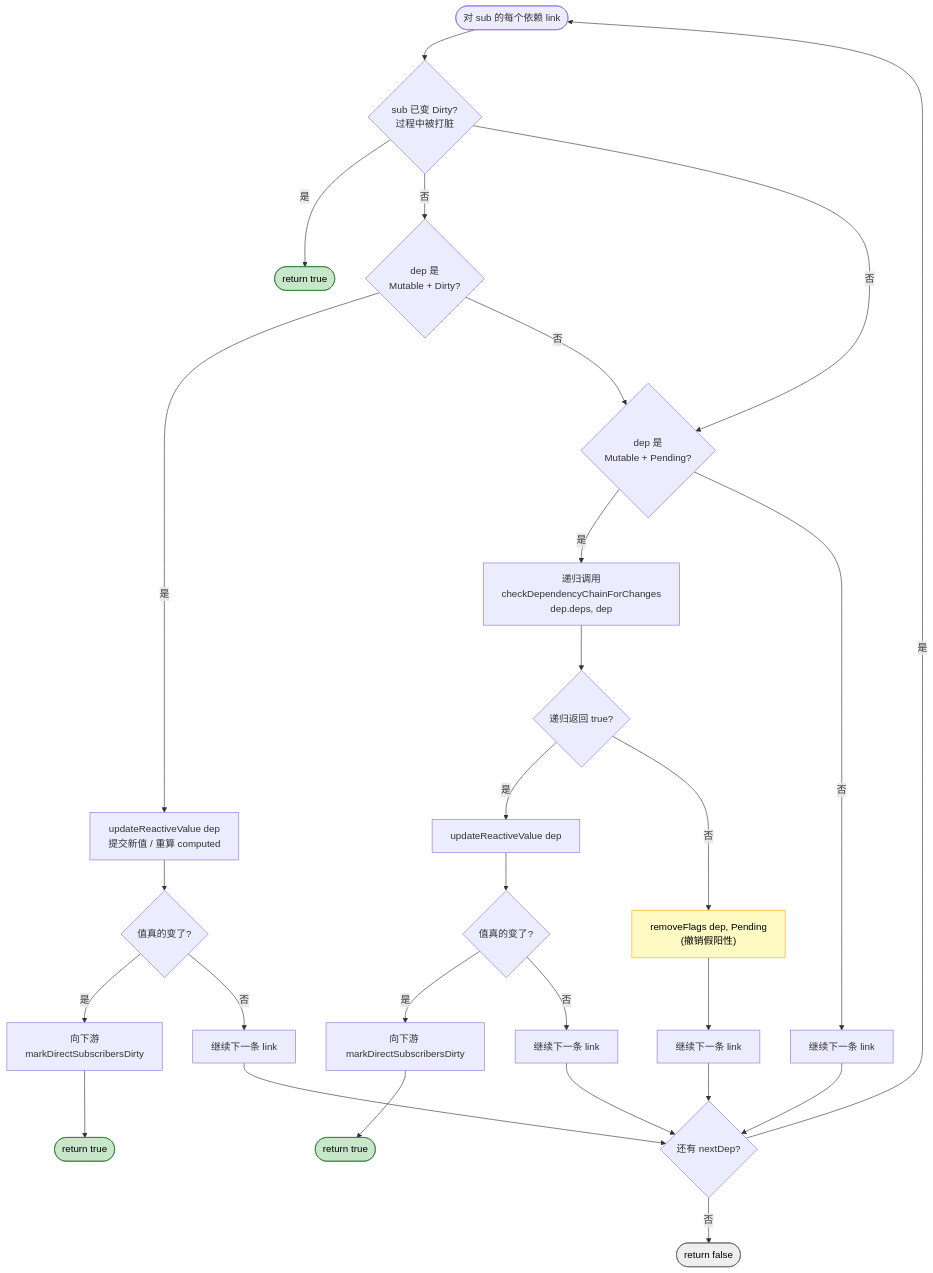
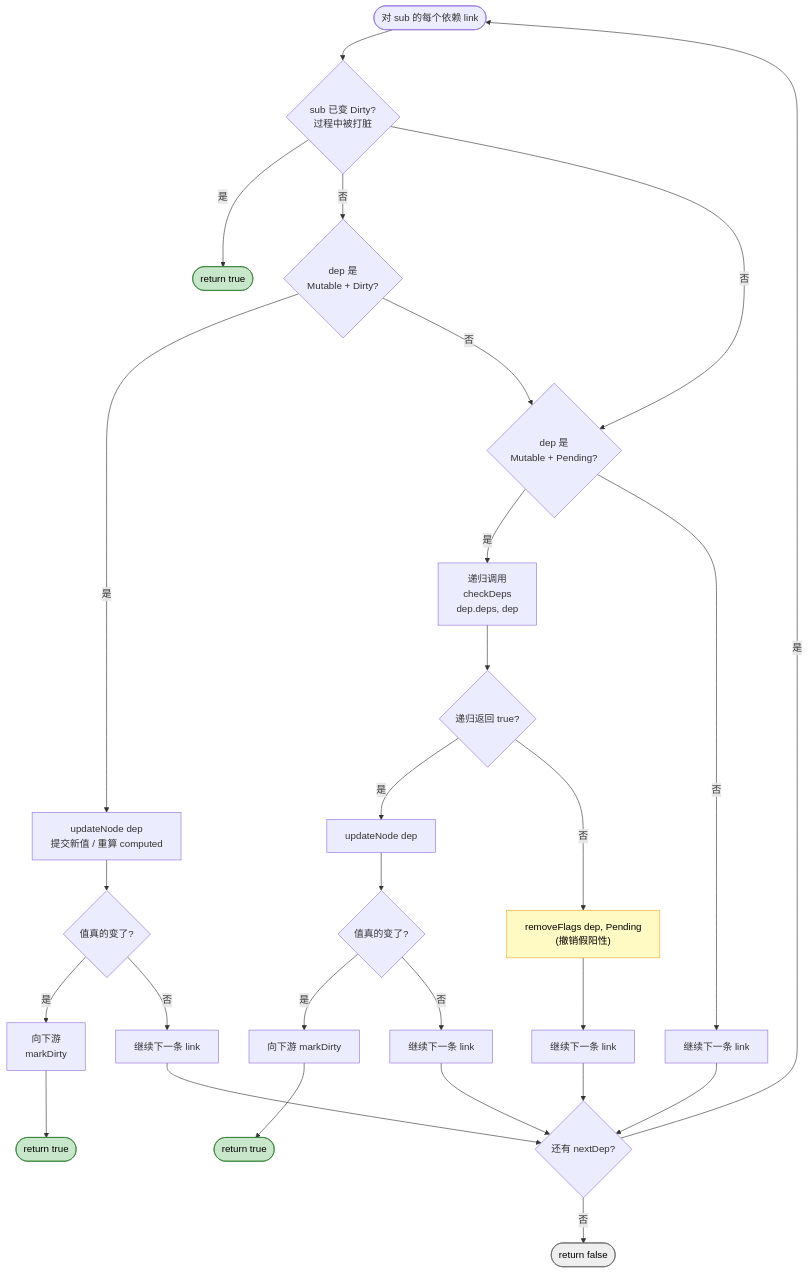
Before and after one commit to YanqingXu/alien-signals-in-lua: the second of 2 diagrams in refactored/docs/engine.md, drawn with Mermaid. The commit also changed other lines of this file and 15 other files, not shown here.

````diff
--- a/refactored/docs/engine.md
+++ b/refactored/docs/engine.md
@@ -118,35 +118,35 @@
 ```mermaid
 flowchart TD
     Start([对 sub 的每个依赖 link]) --> Q0{sub 已变 Dirty?<br/>过程中被打脏}
     Q0 -- 是 --> RT1([return true]):::ok
 
     Q0 -- 否 --> Q1{dep 是<br/>Mutable + Dirty?}
-    Q1 -- 是 --> U1[updateReactiveValue dep<br/>提交新值 / 重算 computed]
+    Q1 -- 是 --> U1[updateNode dep<br/>提交新值 / 重算 computed]
     U1 --> Q1V{值真的变了?}
-    Q1V -- 是 --> M1[向下游<br/>markDirectSubscribersDirty]
+    Q1V -- 是 --> M1[向下游<br/>markDirty]
     M1 --> RT2([return true]):::ok
     Q1V -- 否 --> NEXT1[继续下一条 link]
 
     Q0 -- 否 --> Q2{dep 是<br/>Mutable + Pending?}
-    Q2 -- 是 --> REC[递归调用<br/>checkDependencyChainForChanges<br/>dep.deps, dep]
+    Q2 -- 是 --> REC[递归调用<br/>checkDeps<br/>dep.deps, dep]
     REC --> Q2V{递归返回 true?}
-    Q2V -- 是 --> U2[updateReactiveValue dep] --> Q2VV{值真的变了?}
-    Q2VV -- 是 --> M2[向下游 markDirectSubscribersDirty] --> RT3([return true]):::ok
+    Q2V -- 是 --> U2[updateNode dep] --> Q2VV{值真的变了?}
+    Q2VV -- 是 --> M2[向下游 markDirty] --> RT3([return true]):::ok
     Q2VV -- 否 --> NEXT2[继续下一条 link]
     Q2V -- 否 --> CLR["removeFlags dep, Pending<br/>(撤销假阳性)"]:::clear
     CLR --> NEXT3[继续下一条 link]
 
     Q1 -- 否 --> Q2
     Q2 -- 否 --> NEXT4[继续下一条 link]
 
     NEXT1 --> Loop{还有 nextDep?}
     NEXT2 --> Loop
     NEXT3 --> Loop
     NEXT4 --> Loop
     Loop -- 是 --> Start
     Loop -- 否 --> RF([return false]):::nope
 
     classDef ok    fill:#c8e6c9,stroke:#2e7d32,color:#000
     classDef clear fill:#fff9c4,stroke:#f9a825,color:#000
     classDef nope  fill:#eeeeee,stroke:#616161,color:#000
 ```
````
